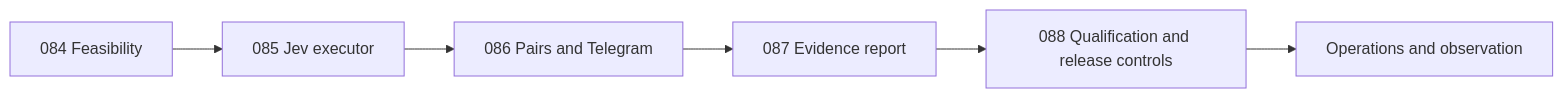
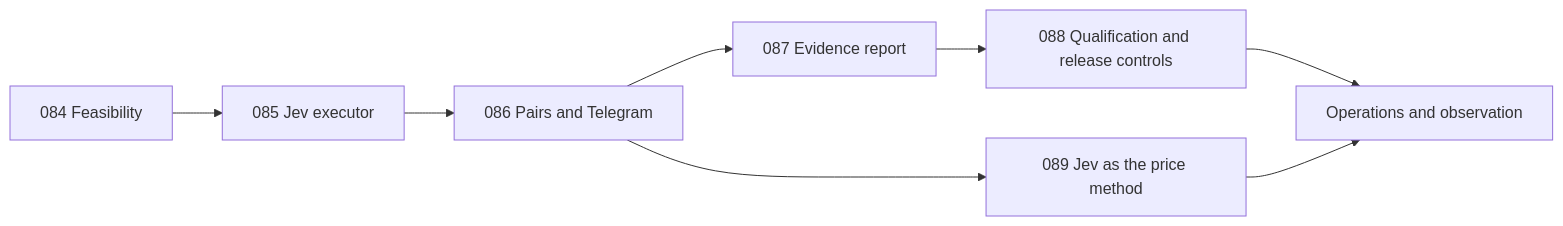
Before and after one commit to romkagribok/booksaver-agent: the diagram in memory-bank/intents/026-jev-price-comparison/units.md, drawn with Mermaid. The commit also changed other lines of this file and 50 other files, not shown here.

````diff
--- a/memory-bank/intents/026-jev-price-comparison/units.md
+++ b/memory-bank/intents/026-jev-price-comparison/units.md
@@ -42,8 +47,10 @@
 ```mermaid
 flowchart LR
   B84[084 Feasibility] --> B85[085 Jev executor]
   B85 --> B86[086 Pairs and Telegram]
   B86 --> B87[087 Evidence report]
   B87 --> B88[088 Qualification and release controls]
   B88 --> O[Operations and observation]
+  B86 --> B89[089 Jev as the price method]
+  B89 --> O
 ```
````
